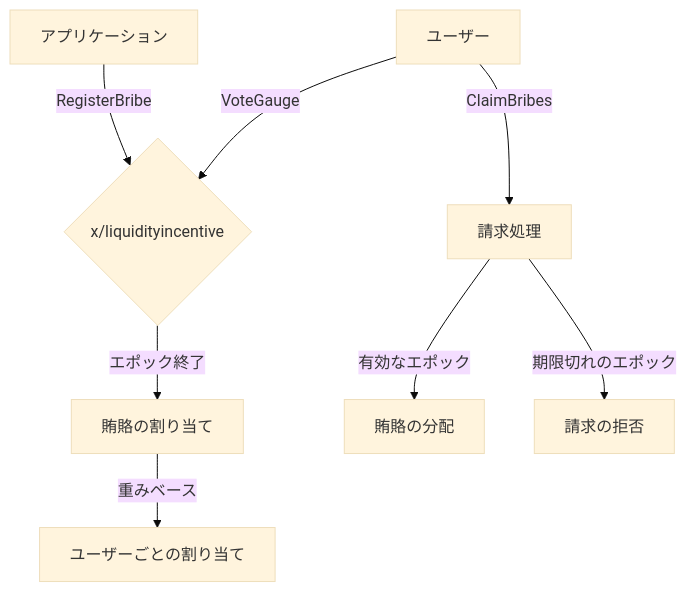
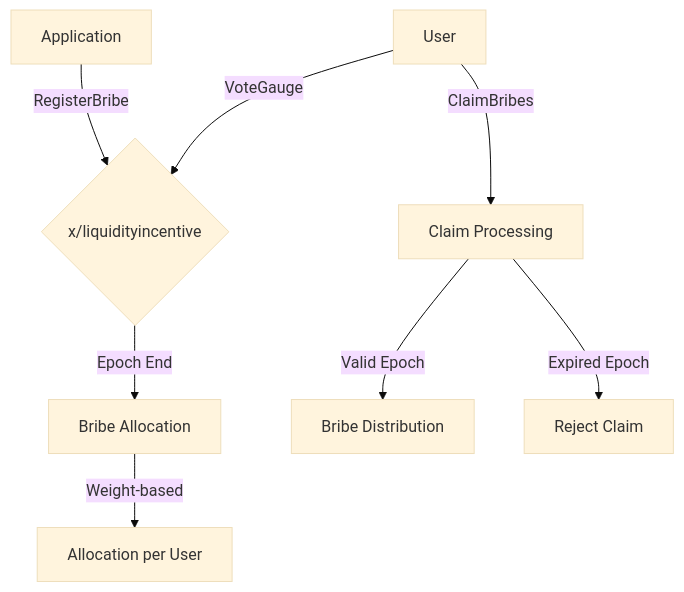
Before and after one commit to sunriselayer/gitbook: the diagram in ja/learn/sunrise/liquidity-incentive/bribes.md, drawn with Mermaid (base theme). The commit also changed 19 other files, not shown here.

````diff
--- a/ja/learn/sunrise/liquidity-incentive/bribes.md
+++ b/ja/learn/sunrise/liquidity-incentive/bribes.md
@@ -44,10 +44,10 @@
 ```mermaid
 graph TD
-    A[アプリケーション] -->|RegisterBribe| B{x/liquidityincentive}
-    C[ユーザー] -->|VoteGauge| B
-    B -->|エポック終了| D[賄賂の割り当て]
-    D -->|重みベース| E[ユーザーごとの割り当て]
-    C -->|ClaimBribes| F[請求処理]
-    F -->|有効なエポック| G[賄賂の分配]
-    F -->|期限切れのエポック| H[請求の拒否]
+    A[Application] -->|RegisterBribe| B{x/liquidityincentive}
+    C[User] -->|VoteGauge| B
+    B -->|Epoch End| D[Bribe Allocation]
+    D -->|Weight-based| E[Allocation per User]
+    C -->|ClaimBribes| F[Claim Processing]
+    F -->|Valid Epoch| G[Bribe Distribution]
+    F -->|Expired Epoch| H[Reject Claim]
 ```
````
